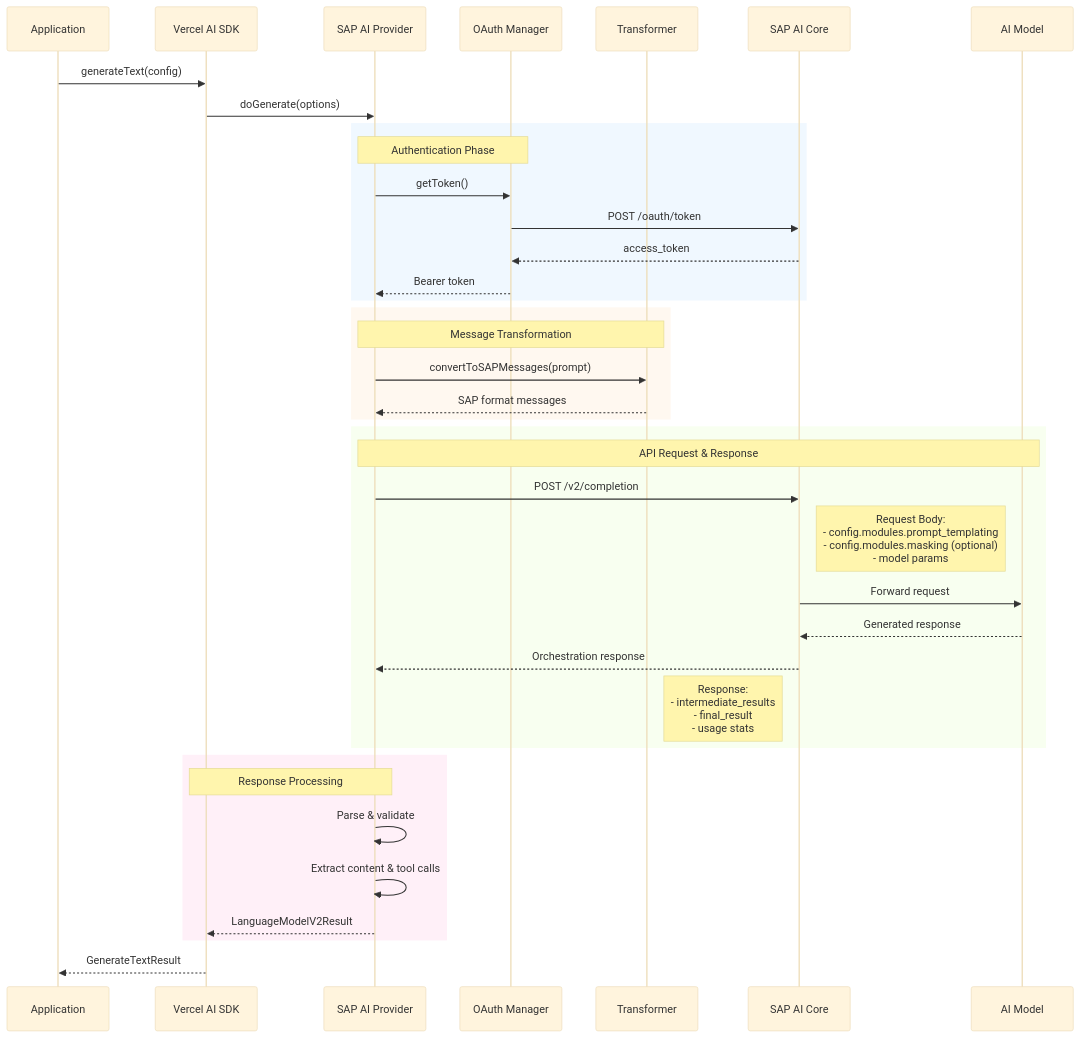
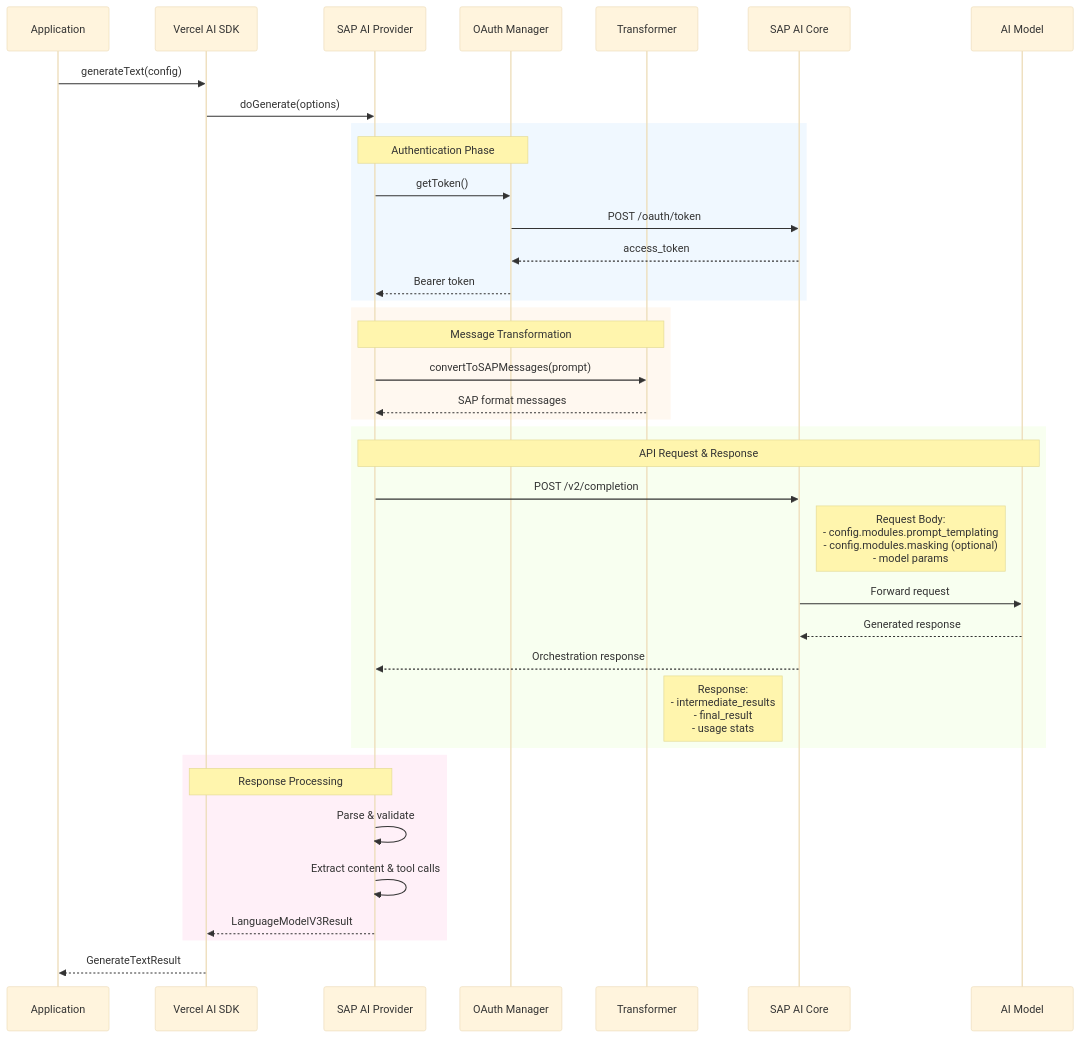
One commit to BITASIA/sap-ai-provider changed the second of 8 diagrams in ARCHITECTURE.md. Above: the diagram before and after it, drawn with Mermaid (base theme). The commit also changed other lines of this file and 13 other files, not shown here.

````diff
--- a/ARCHITECTURE.md
+++ b/ARCHITECTURE.md
@@ -156,46 +156,46 @@
 ```mermaid
 sequenceDiagram
     participant App as Application
     participant SDK as Vercel AI SDK
     participant Prov as SAP AI Provider
     participant Auth as OAuth Manager
     participant Trans as Transformer
     participant SAP as SAP AI Core
     participant Model as AI Model
 
     App->>SDK: generateText(config)
     SDK->>Prov: doGenerate(options)
 
     rect rgb(240, 248, 255)
         Note over Prov,Auth: Authentication Phase
         Prov->>Auth: getToken()
         Auth->>SAP: POST /oauth/token
         SAP-->>Auth: access_token
         Auth-->>Prov: Bearer token
     end
 
     rect rgb(255, 248, 240)
         Note over Prov,Trans: Message Transformation
         Prov->>Trans: convertToSAPMessages(prompt)
         Trans-->>Prov: SAP format messages
     end
 
     rect rgb(248, 255, 240)
         Note over Prov,Model: API Request & Response
         Prov->>SAP: POST /v2/completion
         Note right of SAP: Request Body:<br/>- config.modules.prompt_templating<br/>- config.modules.masking (optional)<br/>- model params
         SAP->>Model: Forward request
         Model-->>SAP: Generated response
         SAP-->>Prov: Orchestration response
         Note left of SAP: Response:<br/>- intermediate_results<br/>- final_result<br/>- usage stats
     end
 
     rect rgb(255, 240, 248)
         Note over Prov,SDK: Response Processing
         Prov->>Prov: Parse & validate
         Prov->>Prov: Extract content & tool calls
-        Prov-->>SDK: LanguageModelV2Result
+        Prov-->>SDK: LanguageModelV3Result
     end
 
     SDK-->>App: GenerateTextResult
 ```
````
